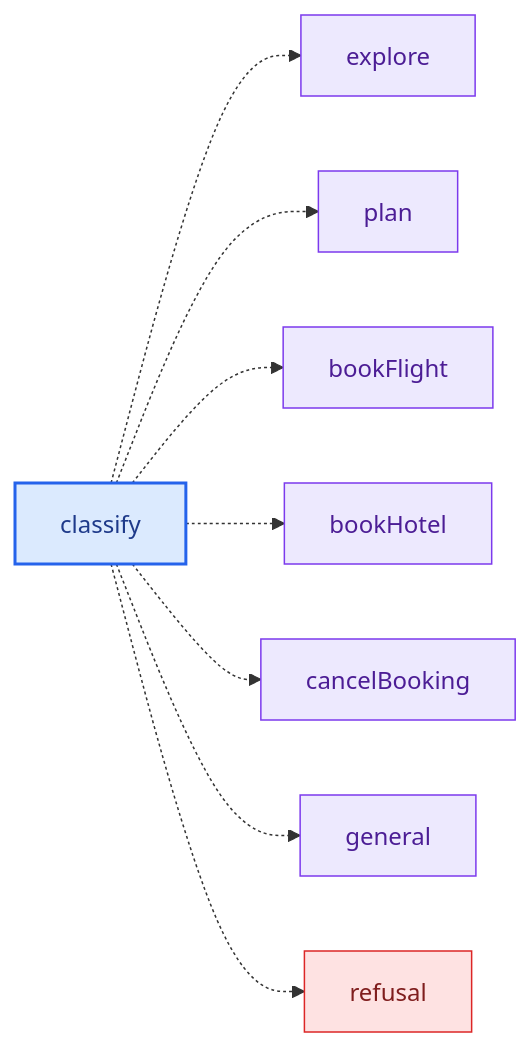
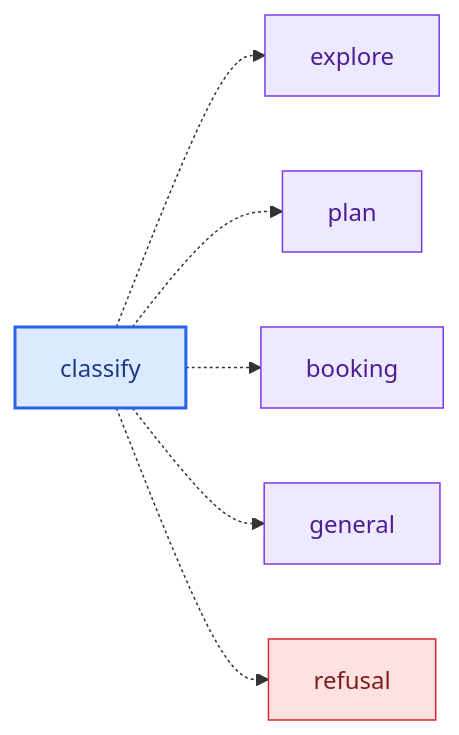
The second of 3 diagrams in docs/flows/01-intent-routing-supervisor.md (nguyentrathao-agilityio/travel-assistant), drawn with Mermaid before and after one commit. The commit also changed other lines of this file and 28 other files, not shown here.

Commit message:
feat: refactor booking agent structure

````diff
--- a/docs/flows/01-intent-routing-supervisor.md
+++ b/docs/flows/01-intent-routing-supervisor.md
@@ -47,18 +47,16 @@
 ```mermaid
 flowchart LR
     classify -.-> explore
     classify -.-> plan
-    classify -.-> bookFlight
-    classify -.-> bookHotel
-    classify -.-> cancelBooking
+    classify -.-> booking
     classify -.-> general
     classify -.-> refusal
 
     classDef routing fill:#dbeafe,stroke:#2563eb,color:#1e3a8a,stroke-width:2px
     classDef agent fill:#ede9fe,stroke:#7c3aed,color:#4c1d95
     classDef danger fill:#fee2e2,stroke:#dc2626,color:#7f1d1d
 
     class classify routing
-    class explore,plan,bookFlight,bookHotel,cancelBooking,general agent
+    class explore,plan,booking,general agent
     class refusal danger
 ```
````
